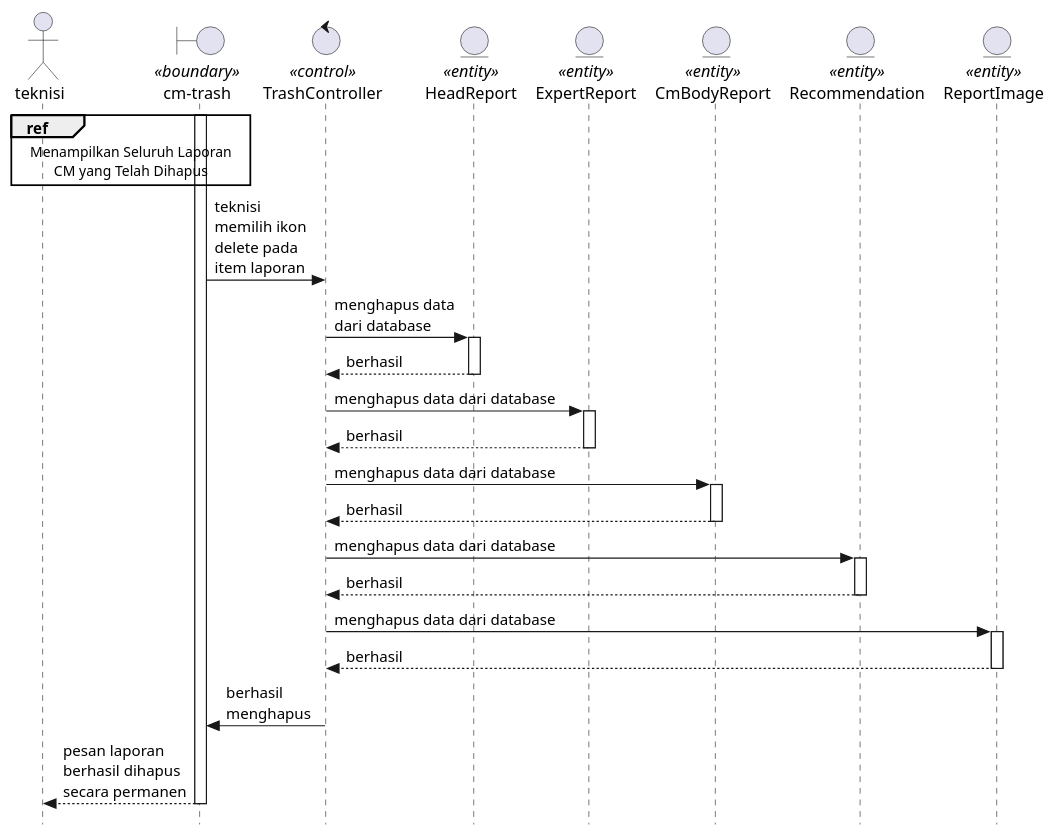
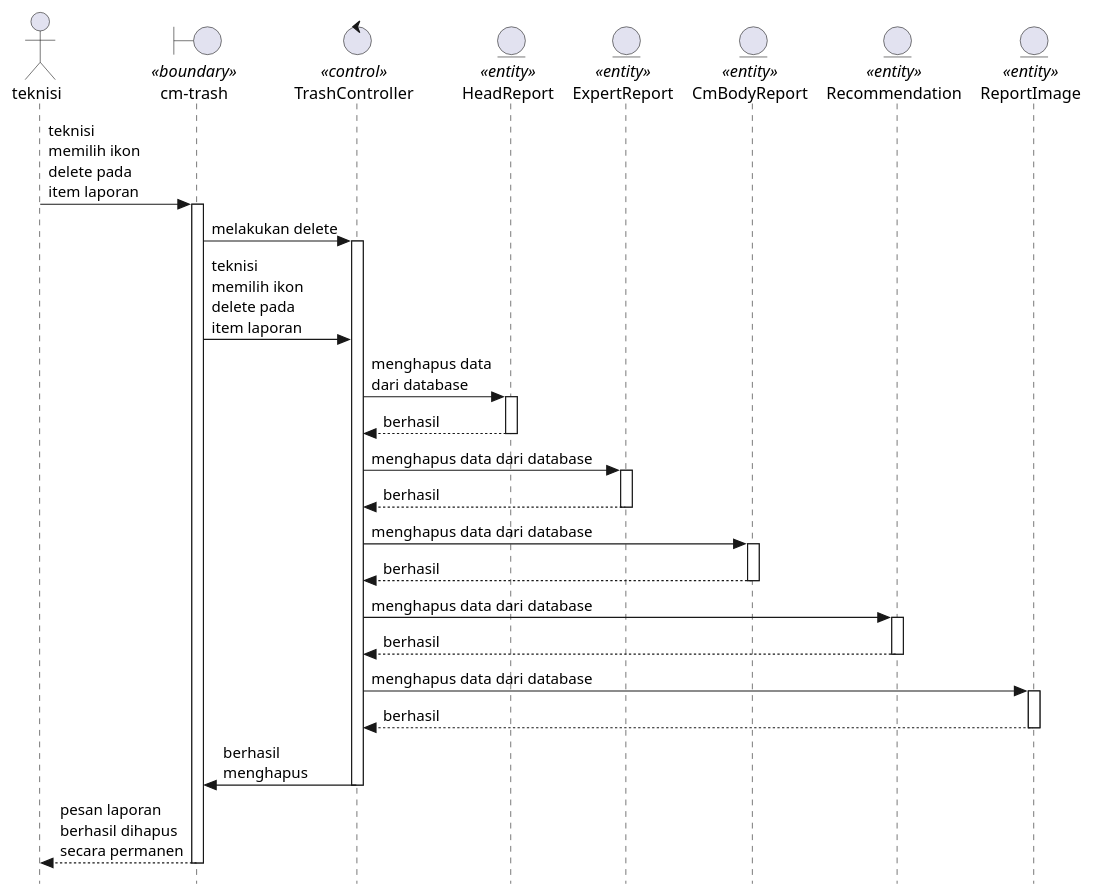
The second of 2 diagrams in Docs/diagrams/sequence/permDelete.plantuml (KPL-slur/eec-sifse-fixed), drawn with PlantUML before and after one commit. The commit also changed other lines of this file and 19 other files, not shown here.

```diff
--- a/Docs/diagrams/sequence/permDelete.plantuml
+++ b/Docs/diagrams/sequence/permDelete.plantuml
@@ -43,39 +43,41 @@
 @startuml permDeleteCM
 
 skinparam style strictuml
 
 actor teknisi
 boundary "cm-trash" as trash <<boundary>>
 control TrashController <<control>>
 entity HeadReport <<entity>>
 entity ExpertReport <<entity>>
 entity CmBodyReport <<entity>>
 entity Recommendation <<entity>>
 entity ReportImage <<entity>>
 
-ref over teknisi, trash : Menampilkan Seluruh Laporan\nCM yang Telah Dihapus
-
-activate trash
+teknisi -> trash : teknisi\nmemilih ikon\ndelete pada\nitem laporan
+    activate trash
+trash -> TrashController : melakukan delete
+    activate TrashController
 trash -> TrashController : teknisi\nmemilih ikon\ndelete pada\nitem laporan
 
 TrashController -> HeadReport : menghapus data\ndari database
     activate HeadReport
     return berhasil
 TrashController -> ExpertReport : menghapus data dari database
     activate ExpertReport
     return berhasil
 TrashController -> CmBodyReport : menghapus data dari database
     activate CmBodyReport
     return berhasil
 TrashController -> Recommendation : menghapus data dari database
     activate Recommendation
     return berhasil
 TrashController -> ReportImage : menghapus data dari database
     activate ReportImage
     return berhasil
 
 TrashController -> trash : berhasil\nmenghapus
+    deactivate TrashController
 trash --> teknisi : pesan laporan\nberhasil dihapus\nsecara permanen
     deactivate trash
 
 @enduml
```
